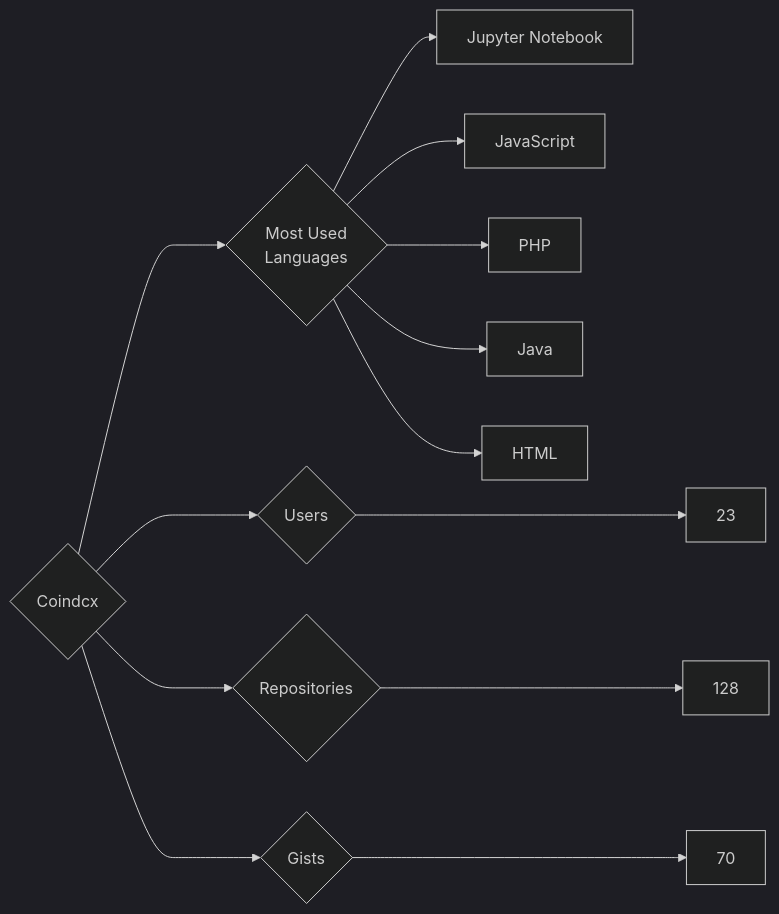
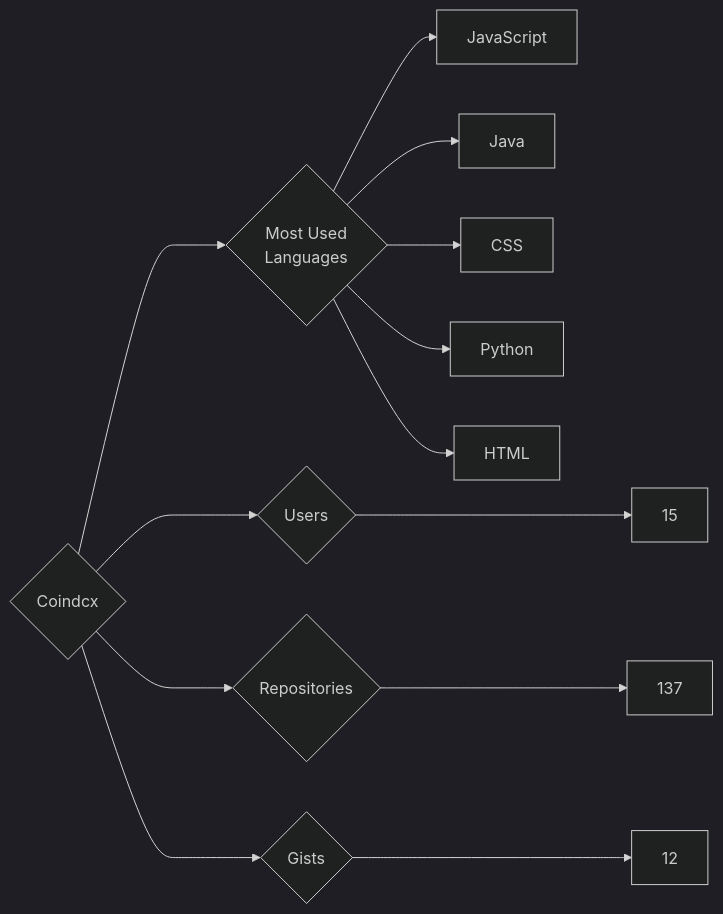
The diagram in targets/Coindcx/README.md (trickest/insiders), drawn with Mermaid (dark theme) before and after one commit. The commit also changed 773 other files, not shown here.

````diff
--- a/targets/Coindcx/README.md
+++ b/targets/Coindcx/README.md
@@ -3,13 +3,13 @@
 ```mermaid
 graph LR
 COMPANY_NAME{Coindcx}
-COMPANY_NAME ---> U{Users} ---> UN[23]
-COMPANY_NAME ---> R{Repositories} ---> RN[128]
-COMPANY_NAME ---> G{Gists} ---> GN[70]
+COMPANY_NAME ---> U{Users} ---> UN[15]
+COMPANY_NAME ---> R{Repositories} ---> RN[137]
+COMPANY_NAME ---> G{Gists} ---> GN[12]
 COMPANY_NAME ---> ML{Most Used<br>Languages}
-ML --> Jupyter_Notebook[Jupyter Notebook]
 ML --> JavaScript[JavaScript]
-ML --> PHP[PHP]
 ML --> Java[Java]
+ML --> CSS[CSS]
+ML --> Python[Python]
 ML --> HTML[HTML]
 ```
````
